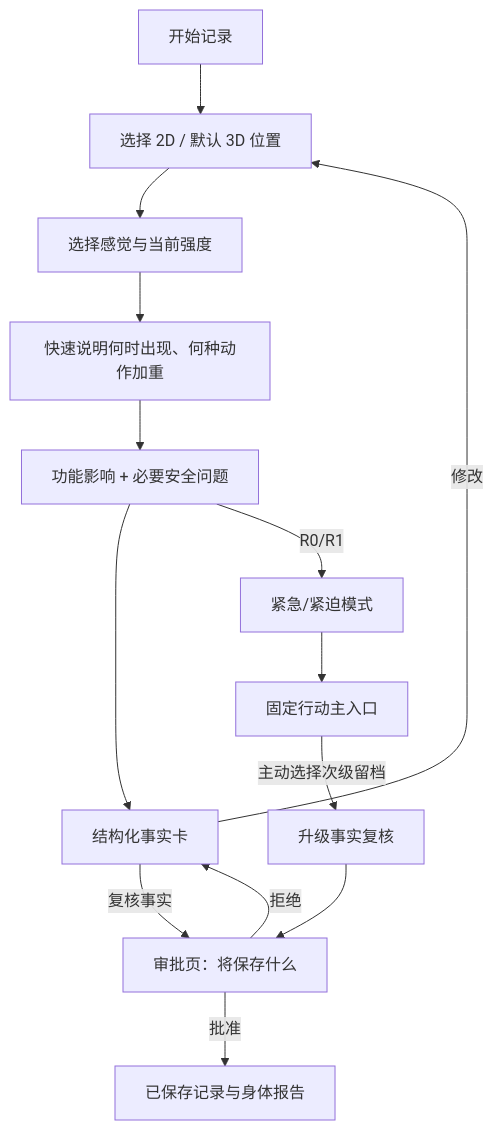
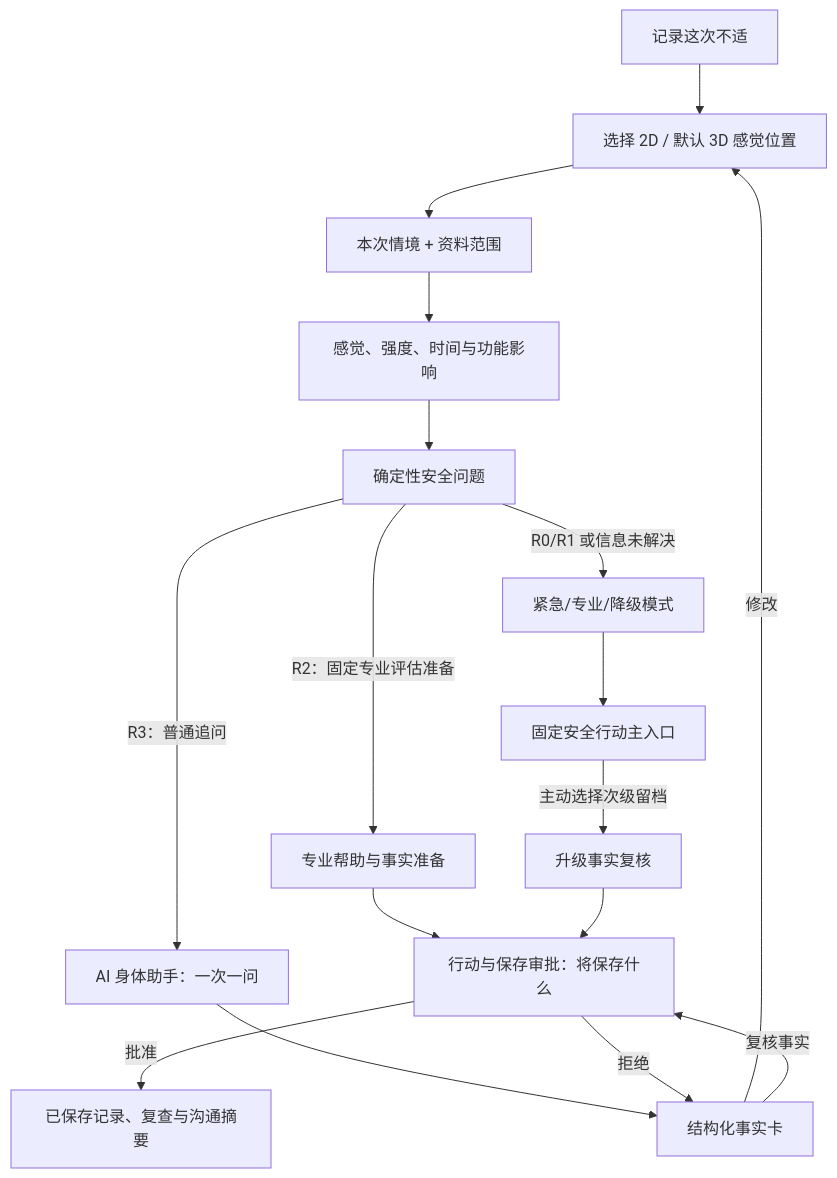
One commit to liudejua27-blip/doctor changed the diagram in docs/02_UX_AND_USER_FLOWS.md. Above: the diagram before and after it, drawn with Mermaid. The commit also changed other lines of this file and 52 other files, not shown here.

````diff
--- a/docs/02_UX_AND_USER_FLOWS.md
+++ b/docs/02_UX_AND_USER_FLOWS.md
@@ -56,16 +56,19 @@
 ```mermaid
 flowchart TD
-    A["开始记录"] --> B["选择 2D / 默认 3D 位置"]
-    B --> C["选择感觉与当前强度"]
-    C --> D["快速说明何时出现、何种动作加重"]
-    D --> E["功能影响 + 必要安全问题"]
-    E --> F["结构化事实卡"]
-    F -->|修改| B
-    F -->|复核事实| G["审批页：将保存什么"]
-    G -->|批准| K["已保存记录与身体报告"]
-    G -->|拒绝| F
-    E -->|R0/R1| H["紧急/紧迫模式"]
-    H --> I["固定行动主入口"]
-    I -->|主动选择次级留档| J["升级事实复核"]
-    J --> G
+    A["记录这次不适"] --> B["选择 2D / 默认 3D 感觉位置"]
+    B --> C["本次情境 + 资料范围"]
+    C --> D["感觉、强度、时间与功能影响"]
+    D --> E["确定性安全问题"]
+    E -->|R2：固定专业评估准备| M["专业帮助与事实准备"]
+    E -->|R3：普通追问| F["AI 身体助手：一次一问"]
+    F --> G["结构化事实卡"]
+    G -->|修改| B
+    G -->|复核事实| H["行动与保存审批：将保存什么"]
+    H -->|批准| K["已保存记录、复查与沟通摘要"]
+    H -->|拒绝| G
+    M --> H
+    E -->|R0/R1 或信息未解决| I["紧急/专业/降级模式"]
+    I --> J["固定安全行动主入口"]
+    J -->|主动选择次级留档| L["升级事实复核"]
+    L --> H
 ```
````
